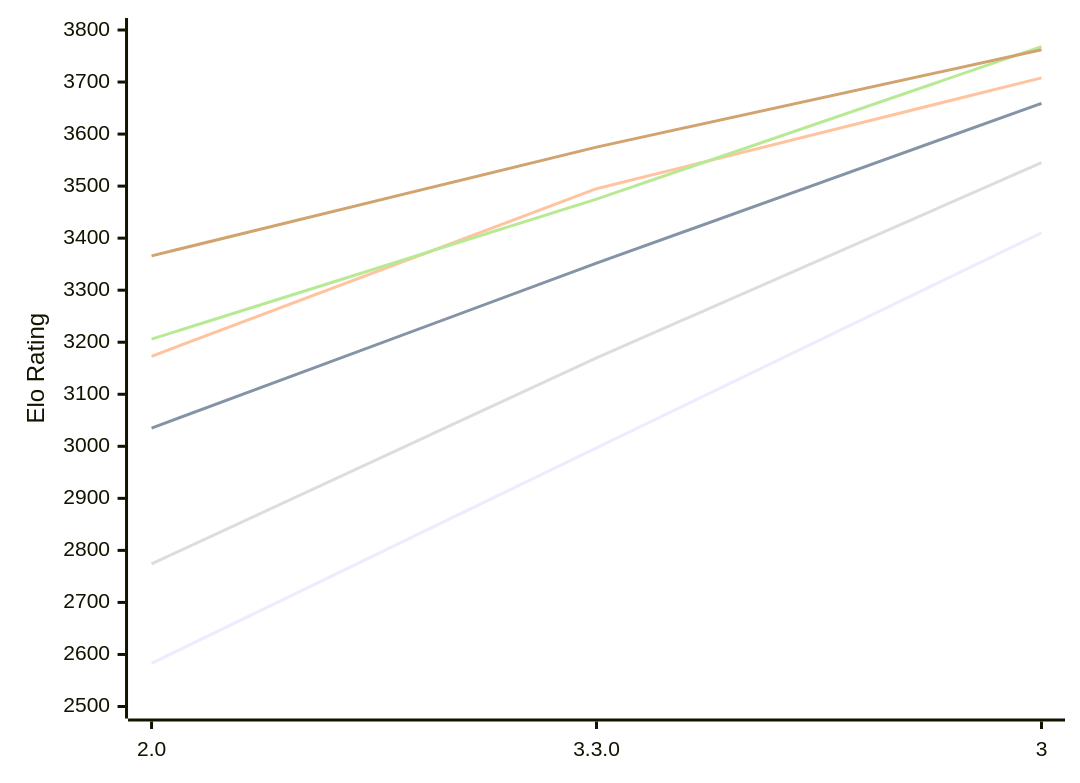
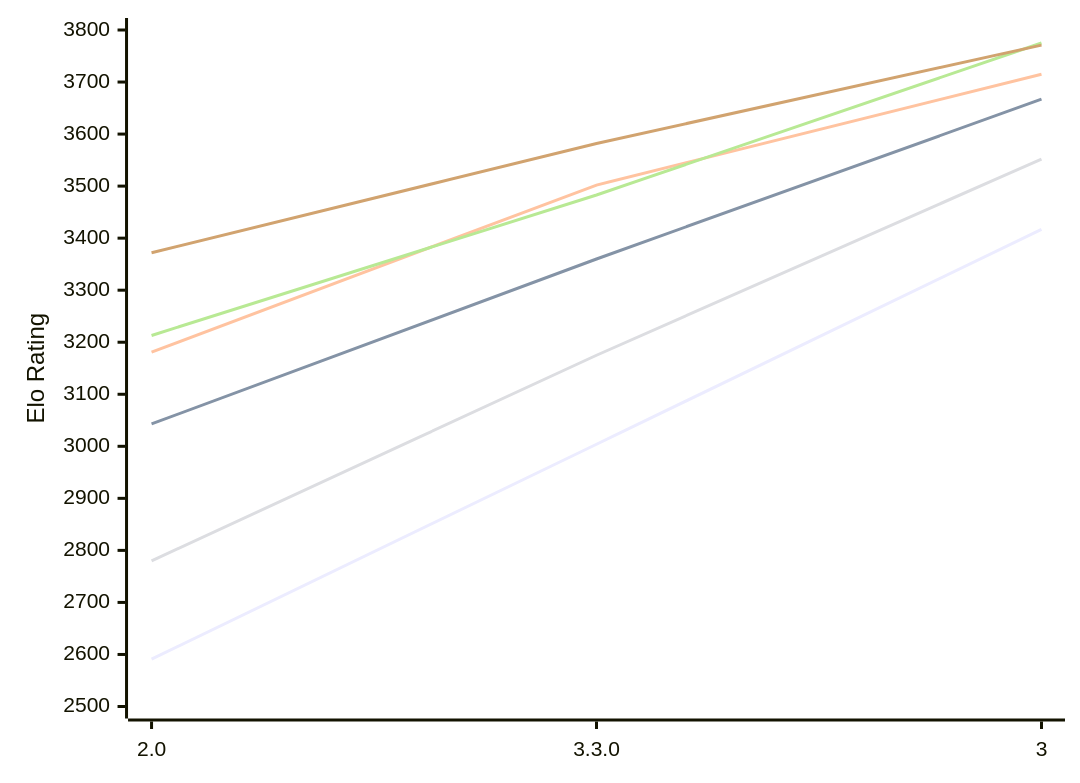
The diagram in engines/Ravager.md (computer-chess-index/cci), drawn with Mermaid before and after one commit. The commit also changed other lines of this file, not shown here.

Commit message:
Update CCI Ratings (ELO VLTC) - 2026-11-03

````diff
--- a/engines/Ravager.md
+++ b/engines/Ravager.md
@@ -51,12 +51,12 @@
 ```mermaid
 %%{init: {"theme":"base","themeVariables":{"seriesColors:['#a3a3a3','#222221','#faa371']}}}%%
 xychart-beta
   x-axis ["2.0", "3.3.0", "3"]
   y-axis "Elo Rating" 2500 --> 3800
-  line "E1: STC (8.0+0.08s)" [2583, 2997, 3410]
-  line "E1: LTC (60.0+0.60s)" [3035, 3352, 3659]
-  line "E1: VLTC (2m24s+1.12s)" [3173, 3495, 3708]
-  line "P1: STC (8.0+0.08s)" [2774, 3170, 3545]
-  line "P1: LTC (60.0+0.60s)" [3206, 3475, 3768]
-  line "P1: VLTC (2m24s+1.12s)" [3366, 3575, 3762]
+  line "E1: STC (8.0+0.08s)" [2591, 3004, 3417]
+  line "E1: LTC (60.0+0.60s)" [3043, 3360, 3667]
+  line "E1: VLTC (2m24s+1.12s)" [3181, 3502, 3715]
+  line "P1: STC (8.0+0.08s)" [2780, 3175, 3552]
+  line "P1: LTC (60.0+0.60s)" [3213, 3483, 3775]
+  line "P1: VLTC (2m24s+1.12s)" [3372, 3582, 3771]
 ```
````
